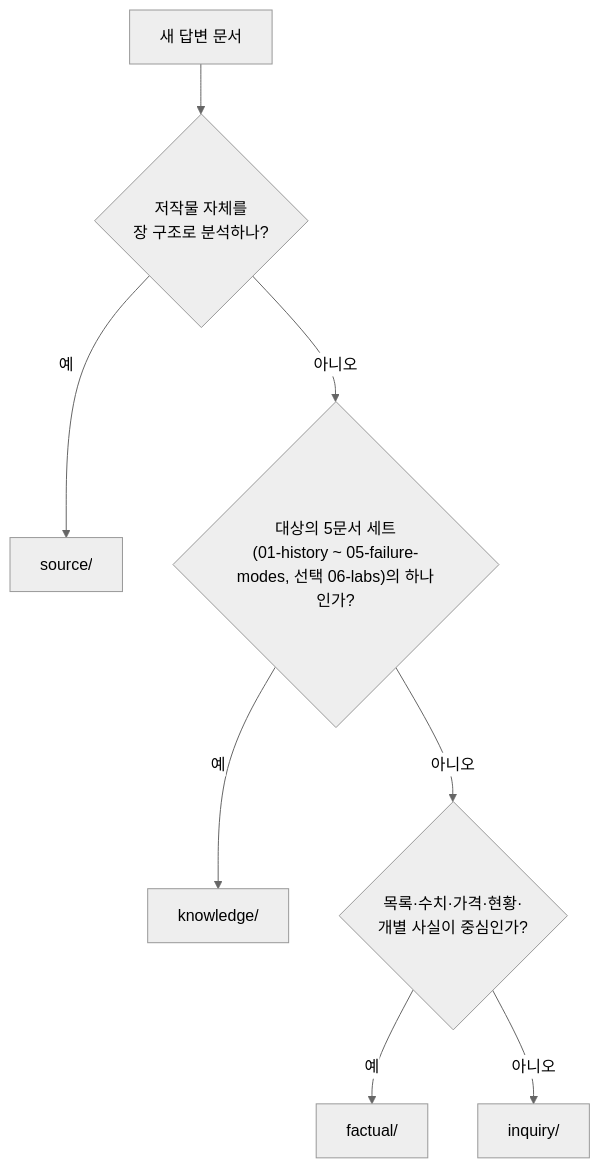
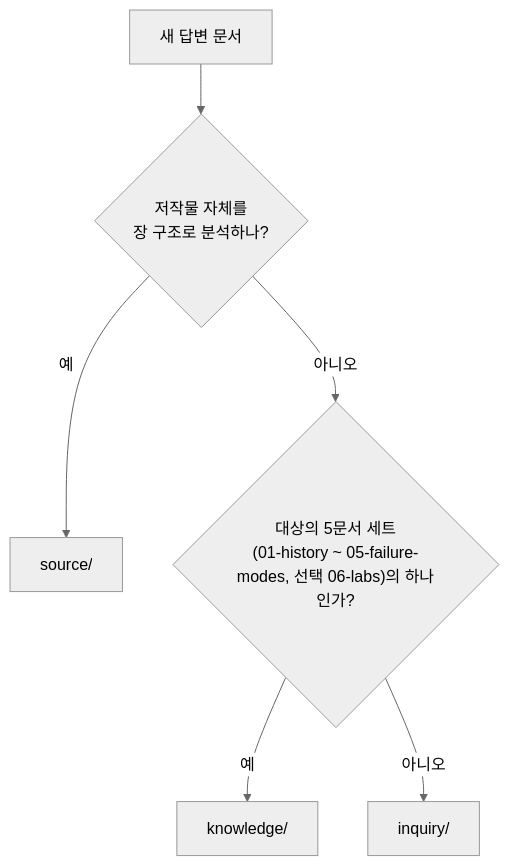
Before and after one commit to gunhaa/QnA: the second of 3 diagrams in ARCHITECTURE.md, drawn with Mermaid (neutral theme). The commit also changed other lines of this file and 2 other files, not shown here.

First line of the commit message:
docs: 문서 유형을 inquiry·knowledge·source 셋으로 정리

````diff
--- a/ARCHITECTURE.md
+++ b/ARCHITECTURE.md
@@ -71,10 +67,8 @@
 ```mermaid
 flowchart TD
     start["새 답변 문서"] --> src{"저작물 자체를<br/>장 구조로 분석하나?"}
     src -- 예 --> S["source/"]
     src -- 아니오 --> know{"대상의 5문서 세트<br/>(01-history ~ 05-failure-modes, 선택 06-labs)의 하나인가?"}
     know -- 예 --> K["knowledge/"]
-    know -- 아니오 --> fact{"목록·수치·가격·현황·<br/>개별 사실이 중심인가?"}
-    fact -- 예 --> F["factual/"]
-    fact -- 아니오 --> Q["inquiry/"]
+    know -- 아니오 --> Q["inquiry/"]
 ```
````
